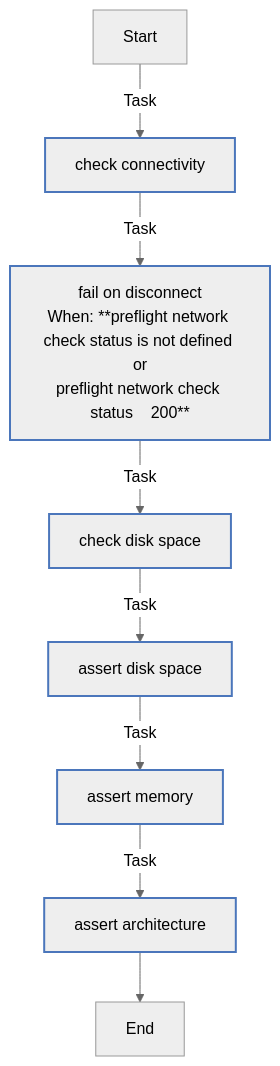
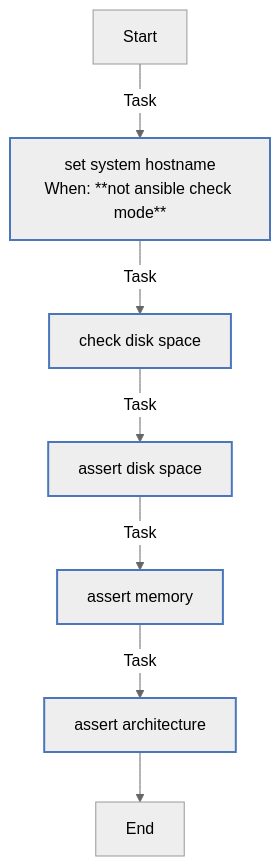
The diagram in roles/preflight/README.md (rou-cru/k3s-homelab), drawn with Mermaid (neutral theme) before and after one commit. The commit also changed other lines of this file and 277 other files, not shown here.

````diff
--- a/roles/preflight/README.md
+++ b/roles/preflight/README.md
@@ -87,20 +62,19 @@
 ```mermaid
 flowchart TD
 Start
 classDef block stroke:#3498db,stroke-width:2px;
 classDef task stroke:#4b76bb,stroke-width:2px;
 classDef includeTasks stroke:#16a085,stroke-width:2px;
 classDef importTasks stroke:#34495e,stroke-width:2px;
 classDef includeRole stroke:#2980b9,stroke-width:2px;
 classDef importRole stroke:#699ba7,stroke-width:2px;
 classDef includeVars stroke:#8e44ad,stroke-width:2px;
 classDef rescue stroke:#665352,stroke-width:2px;
 
-  Start-->|Task| Check_connectivity0[check connectivity]:::task
-  Check_connectivity0-->|Task| Fail_on_disconnect1[fail on disconnect<br>When: **preflight network check status is not defined or<br>preflight network check status    200**]:::task
-  Fail_on_disconnect1-->|Task| Check_disk_space2[check disk space]:::task
-  Check_disk_space2-->|Task| Assert_disk_space3[assert disk space]:::task
-  Assert_disk_space3-->|Task| Assert_memory4[assert memory]:::task
-  Assert_memory4-->|Task| Assert_architecture5[assert architecture]:::task
-  Assert_architecture5-->End
+  Start-->|Task| Set_system_hostname0[set system hostname<br>When: **not ansible check mode**]:::task
+  Set_system_hostname0-->|Task| Check_disk_space1[check disk space]:::task
+  Check_disk_space1-->|Task| Assert_disk_space2[assert disk space]:::task
+  Assert_disk_space2-->|Task| Assert_memory3[assert memory]:::task
+  Assert_memory3-->|Task| Assert_architecture4[assert architecture]:::task
+  Assert_architecture4-->End
 ```
````
